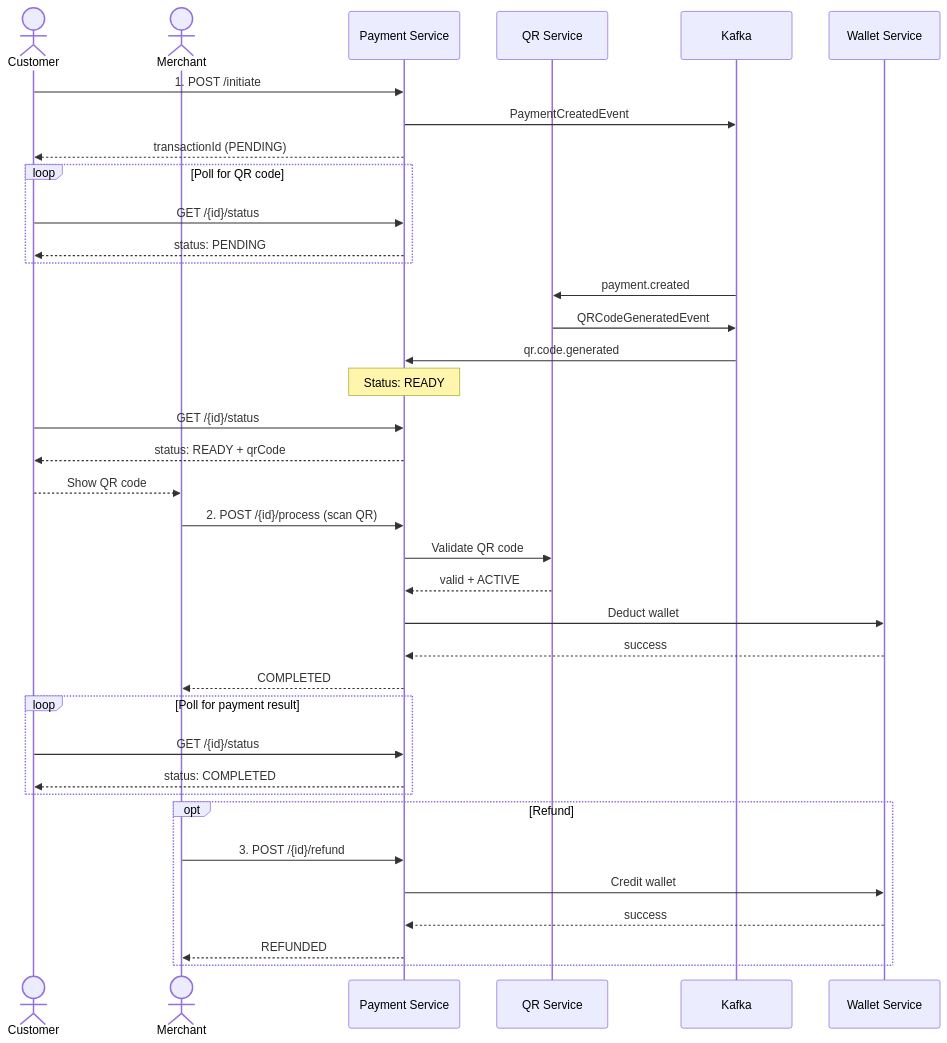
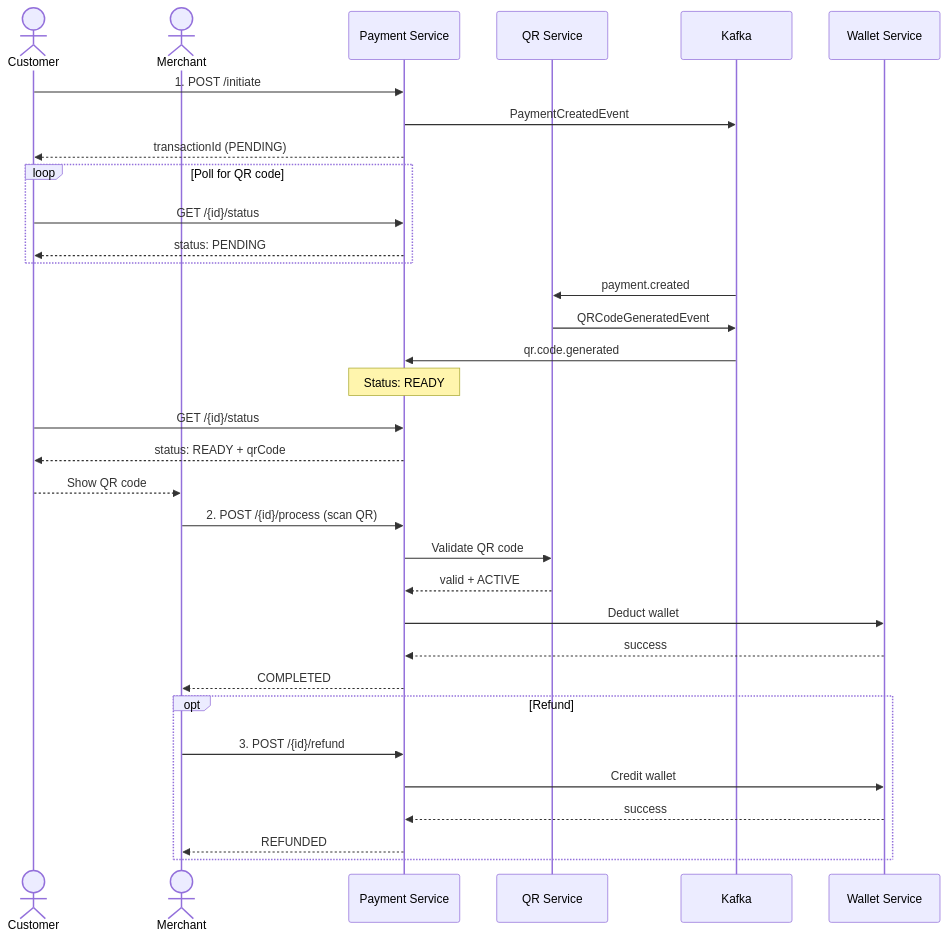
The second of 2 diagrams in README.md (best25792/test-interview), drawn with Mermaid before and after one commit.

Commit message:
Remove polling loop for payment result from README.md to streamline payment flow diagram.

````diff
--- a/README.md
+++ b/README.md
@@ -65,46 +65,42 @@
 ```mermaid
 sequenceDiagram
     actor Customer
     actor Merchant
     participant PS as Payment Service
     participant QR as QR Service
     participant K as Kafka
     participant WS as Wallet Service
 
     Customer->>PS: 1. POST /initiate
     PS->>K: PaymentCreatedEvent
     PS-->>Customer: transactionId (PENDING)
 
     loop Poll for QR code
         Customer->>PS: GET /{id}/status
         PS-->>Customer: status: PENDING
     end
 
     K->>QR: payment.created
     QR->>K: QRCodeGeneratedEvent
     K->>PS: qr.code.generated
     Note over PS: Status: READY
 
     Customer->>PS: GET /{id}/status
     PS-->>Customer: status: READY + qrCode
 
     Customer-->>Merchant: Show QR code
     Merchant->>PS: 2. POST /{id}/process (scan QR)
     PS->>QR: Validate QR code
     QR-->>PS: valid + ACTIVE
     PS->>WS: Deduct wallet
     WS-->>PS: success
     PS-->>Merchant: COMPLETED
 
-    loop Poll for payment result
-        Customer->>PS: GET /{id}/status
-        PS-->>Customer: status: COMPLETED
-    end
 
     opt Refund
         Merchant->>PS: 3. POST /{id}/refund
         PS->>WS: Credit wallet
         WS-->>PS: success
         PS-->>Merchant: REFUNDED
     end
 ```
````
